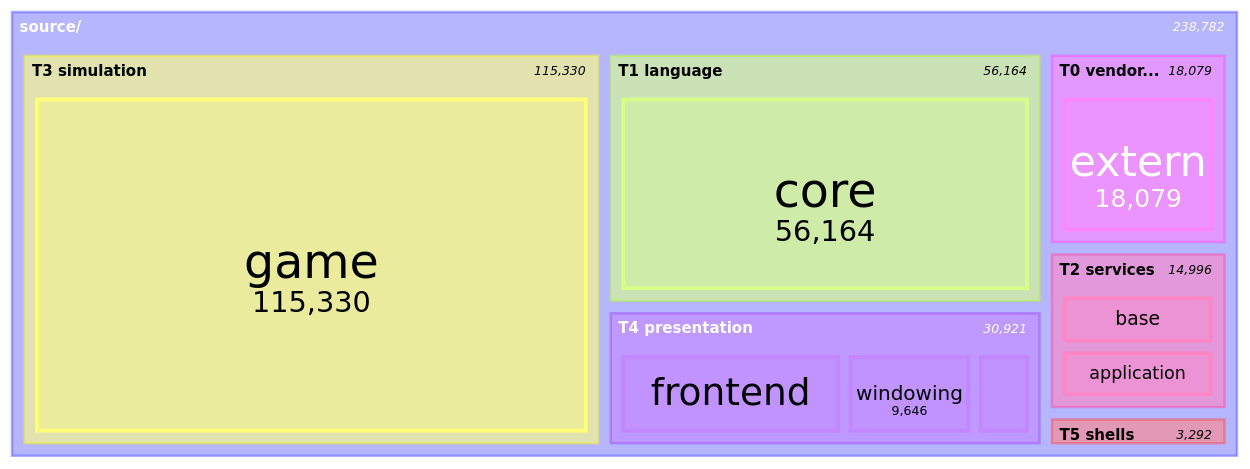
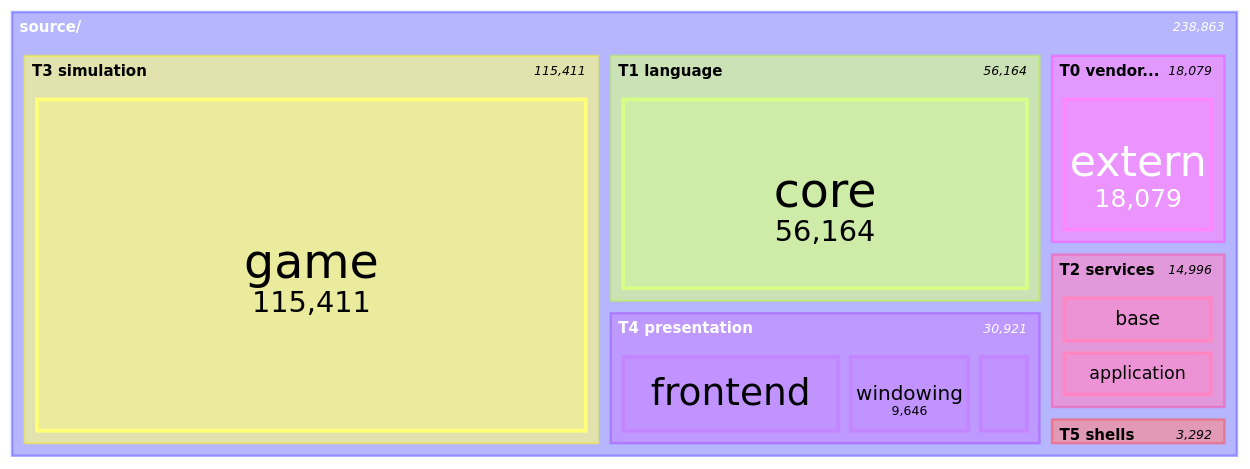
Before and after one commit to apnex/OpenStarbound: the seventh of 11 diagrams in docs/architecture/system-boundaries.md, drawn with Mermaid. The commit also changed other lines of this file and 4 other files, not shown here.

````diff
--- a/docs/architecture/system-boundaries.md
+++ b/docs/architecture/system-boundaries.md
@@ -577,21 +577,21 @@
 ```mermaid
 treemap-beta
 "source/"
     "T0 vendored"
         "extern": 18079
     "T1 language"
         "core": 56164
     "T2 services"
         "base": 7464
         "application": 7390
         "platform": 142
     "T3 simulation"
-        "game": 115330
+        "game": 115411
     "T4 presentation"
         "frontend": 16861
         "windowing": 9646
         "rendering": 4414
     "T5 shells"
         "client": 2509
         "server": 783
 ```
````
